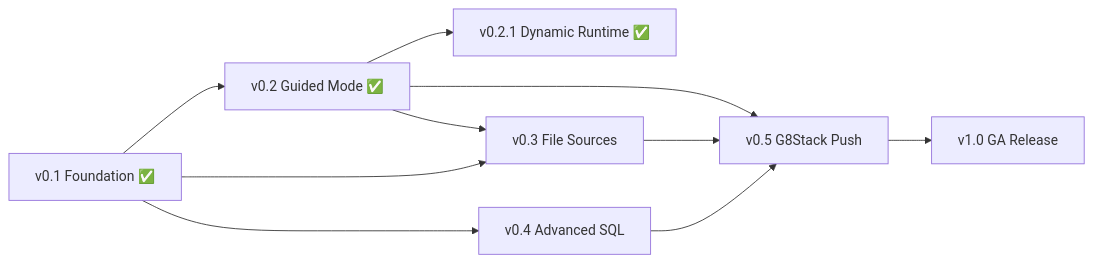
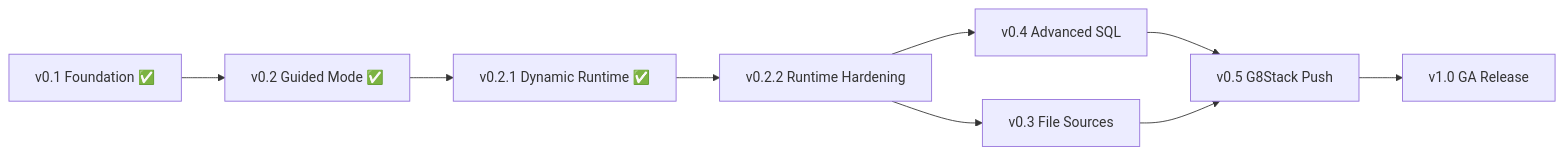
One commit to developers-hub-my/g8stack-connect changed the third of 3 diagrams in docs/05-roadmap/01-implementation-roadmap.md. Above: the diagram before and after it, drawn with Mermaid. The commit also changed other lines of this file and 1 other file, not shown here.

First line of the commit message:
Update roadmap with v0.2.2 Runtime Hardening phase

````diff
--- a/docs/05-roadmap/01-implementation-roadmap.md
+++ b/docs/05-roadmap/01-implementation-roadmap.md
@@ -340,12 +562,11 @@
 ```mermaid
 graph LR
     v01["v0.1 Foundation ✅"] --> v02["v0.2 Guided Mode ✅"]
     v02 --> v021["v0.2.1 Dynamic Runtime ✅"]
-    v01 --> v03["v0.3 File Sources"]
-    v01 --> v04["v0.4 Advanced SQL"]
-    v02 --> v03
+    v021 --> v022["v0.2.2 Runtime Hardening"]
+    v022 --> v03["v0.3 File Sources"]
+    v022 --> v04["v0.4 Advanced SQL"]
     v04 --> v05["v0.5 G8Stack Push"]
     v03 --> v05
-    v02 --> v05
     v05 --> v10["v1.0 GA Release"]
 ```
````
